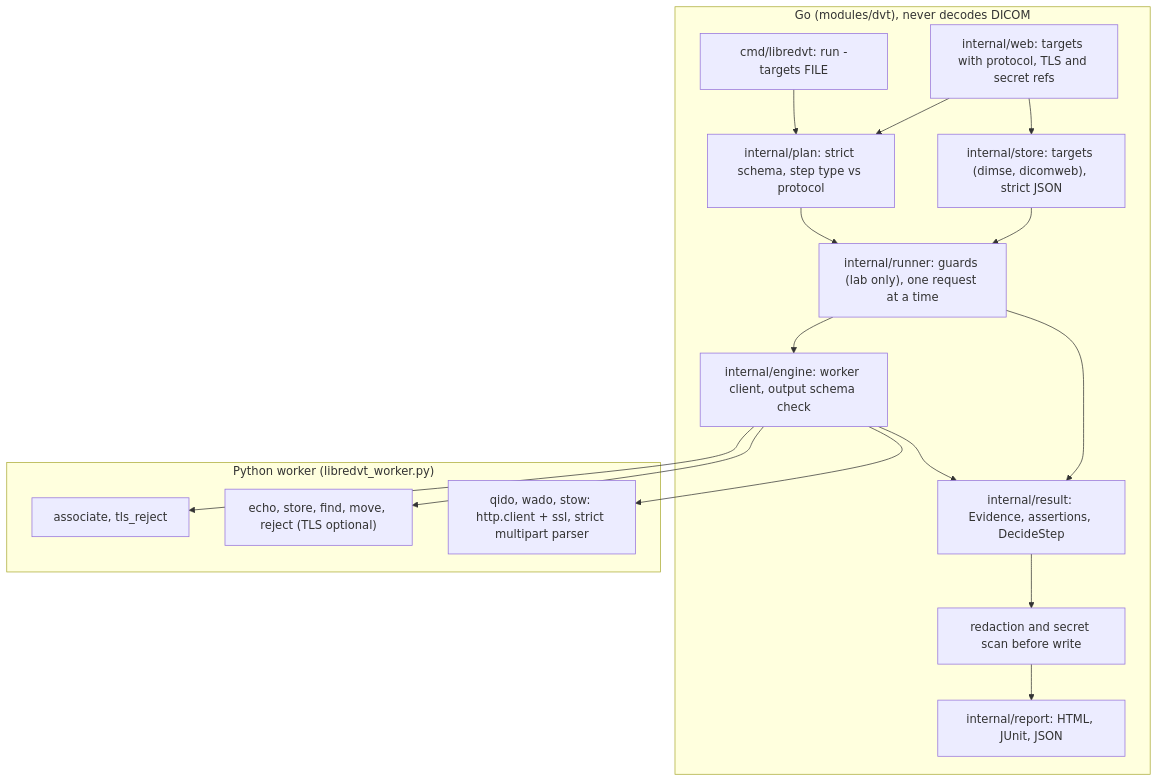
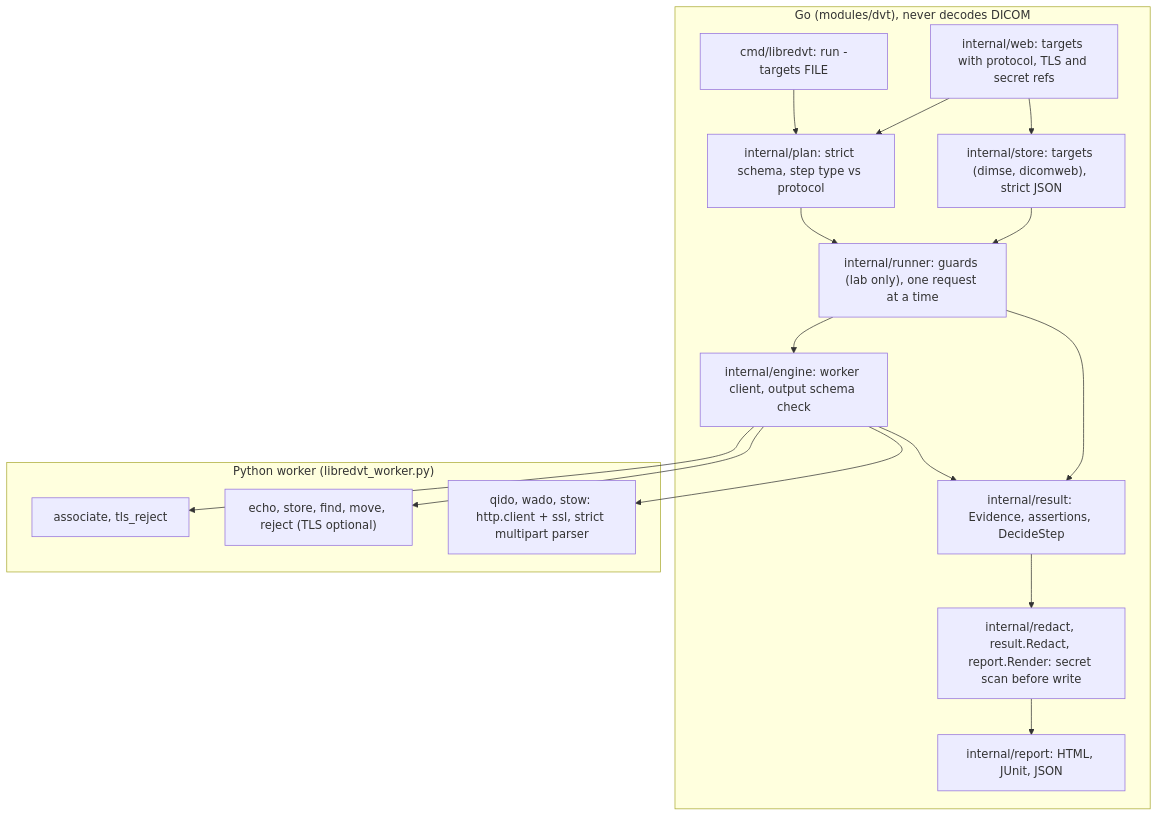
The diagram in docs/dhf/libredvt/architecture.md (mulcahyio/libre-rws), drawn with Mermaid before and after one commit. The commit also changed 6 other files, not shown here.

First line of the commit message:
LibreDVT v0.2 foundation: schema/evidence implementation notes, threat-model controls, README, mutation script

````diff
--- a/docs/dhf/libredvt/architecture.md
+++ b/docs/dhf/libredvt/architecture.md
@@ -142,32 +142,32 @@
 ```mermaid
 flowchart TB
   subgraph Go["Go (modules/dvt), never decodes DICOM"]
     CLI["cmd/libredvt: run -targets FILE"]
     WEB["internal/web: targets with protocol, TLS and secret refs"]
     PLAN["internal/plan: strict schema, step type vs protocol"]
     TGT["internal/store: targets (dimse, dicomweb), strict JSON"]
     RUN["internal/runner: guards (lab only), one request at a time"]
     ENG["internal/engine: worker client, output schema check"]
     RES["internal/result: Evidence, assertions, DecideStep"]
-    RED["redaction and secret scan before write"]
+    RED["internal/redact, result.Redact, report.Render: secret scan before write"]
     REP["internal/report: HTML, JUnit, JSON"]
   end
   subgraph Py["Python worker (libredvt_worker.py)"]
     ASSOC["associate, tls_reject"]
     DIMSE["echo, store, find, move, reject (TLS optional)"]
     WEBC["qido, wado, stow: http.client + ssl, strict multipart parser"]
   end
   CLI --> PLAN
   WEB --> TGT
   WEB --> PLAN
   PLAN --> RUN
   TGT --> RUN
   RUN --> ENG
   ENG --> ASSOC
   ENG --> DIMSE
   ENG --> WEBC
   ENG --> RES
   RUN --> RES
   RES --> RED
   RED --> REP
 ```
````
